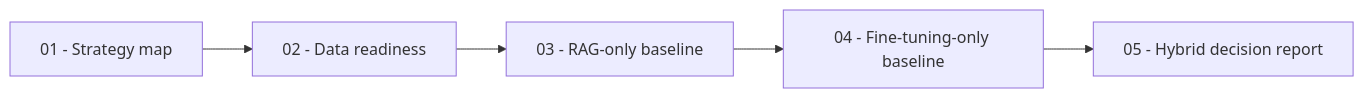
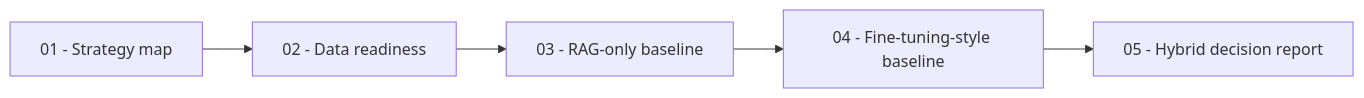
One commit to bootcampyoussef/mle-finetuning-rag-strategy changed the diagram in README.md. Above: the diagram before and after it, drawn with Mermaid. The commit also changed other lines of this file and 5 other files, not shown here.

Commit message:
Align strategy lesson with fine-tuning unit

````diff
--- a/README.md
+++ b/README.md
@@ -14,7 +14,7 @@
 ```mermaid
 flowchart LR
     A["01 - Strategy map"] --> B["02 - Data readiness"]
     B --> C["03 - RAG-only baseline"]
-    C --> D["04 - Fine-tuning-only baseline"]
+    C --> D["04 - Fine-tuning-style baseline"]
     D --> E["05 - Hybrid decision report"]
 ```
````
